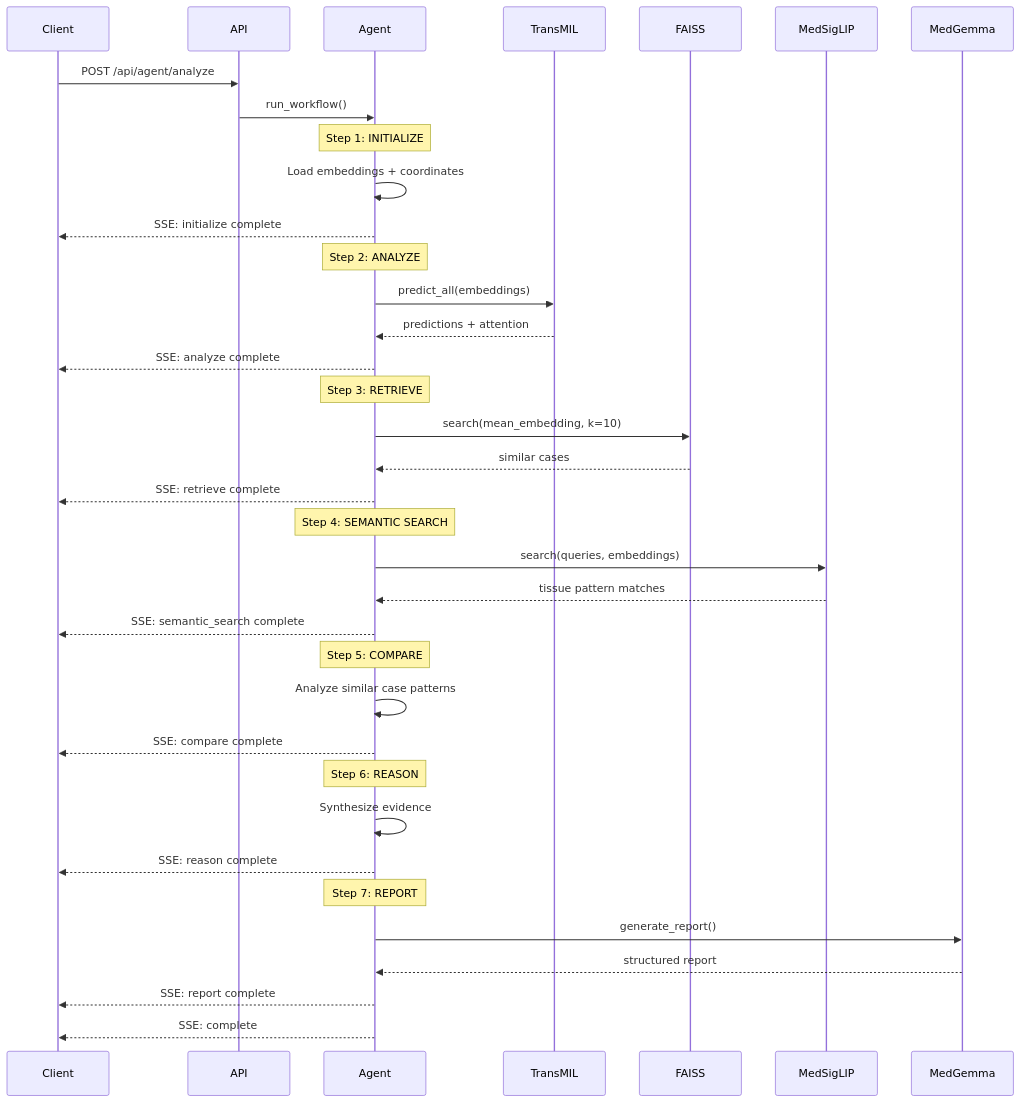
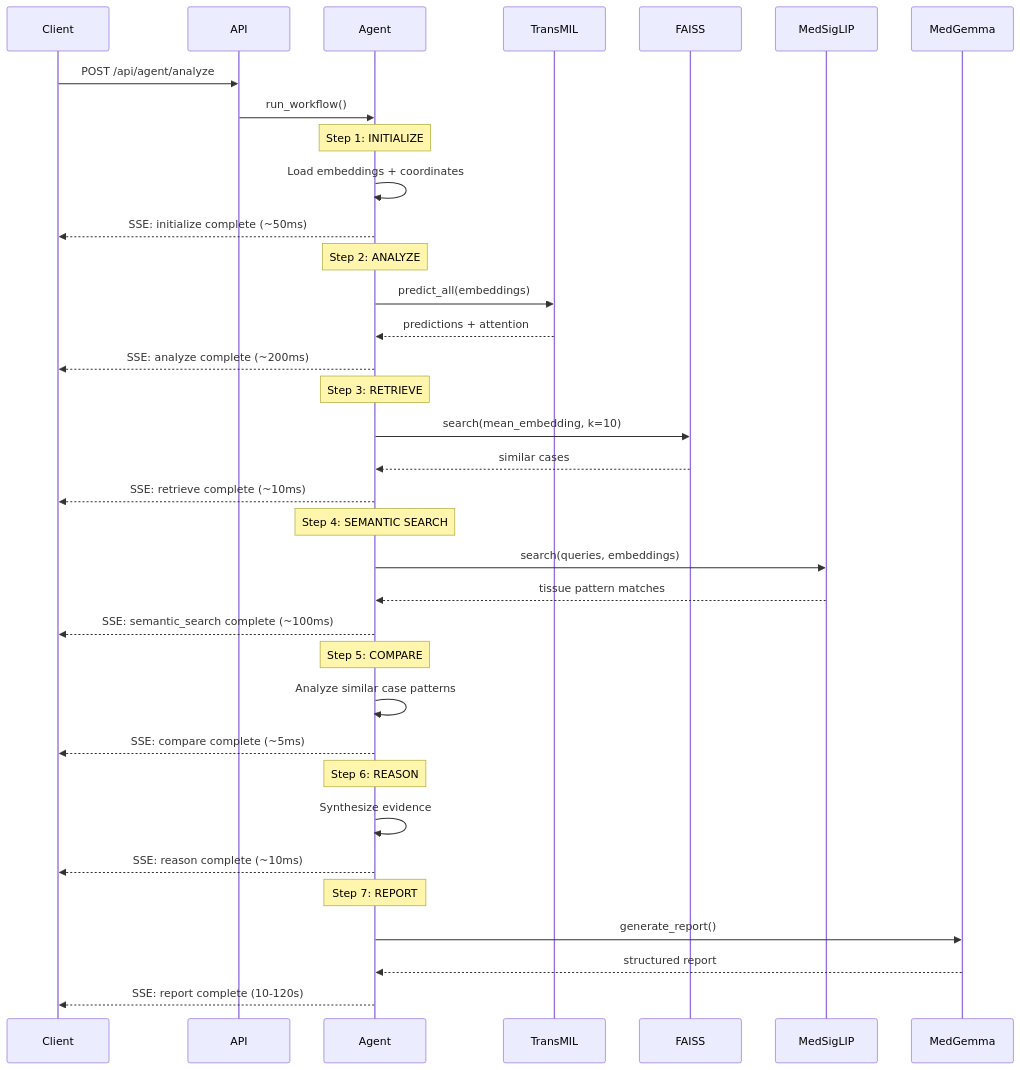
The fourth of 5 diagrams in TECHNICAL_SPECIFICATION.md (Hilo-Hilo/enso-atlas), drawn with Mermaid before and after one commit. The commit also changed other lines of this file, not shown here.

````diff
--- a/TECHNICAL_SPECIFICATION.md
+++ b/TECHNICAL_SPECIFICATION.md
@@ -1261,47 +741,45 @@
 ```mermaid
 sequenceDiagram
     participant Client
     participant API
     participant Agent
     participant TransMIL
     participant FAISS
     participant MedSigLIP
     participant MedGemma
 
     Client->>API: POST /api/agent/analyze
     API->>Agent: run_workflow()
 
     Note over Agent: Step 1: INITIALIZE
     Agent->>Agent: Load embeddings + coordinates
-    Agent-->>Client: SSE: initialize complete
+    Agent-->>Client: SSE: initialize complete (~50ms)
 
     Note over Agent: Step 2: ANALYZE
     Agent->>TransMIL: predict_all(embeddings)
     TransMIL-->>Agent: predictions + attention
-    Agent-->>Client: SSE: analyze complete
+    Agent-->>Client: SSE: analyze complete (~200ms)
 
     Note over Agent: Step 3: RETRIEVE
     Agent->>FAISS: search(mean_embedding, k=10)
     FAISS-->>Agent: similar cases
-    Agent-->>Client: SSE: retrieve complete
+    Agent-->>Client: SSE: retrieve complete (~10ms)
 
     Note over Agent: Step 4: SEMANTIC SEARCH
     Agent->>MedSigLIP: search(queries, embeddings)
     MedSigLIP-->>Agent: tissue pattern matches
-    Agent-->>Client: SSE: semantic_search complete
+    Agent-->>Client: SSE: semantic_search complete (~100ms)
 
     Note over Agent: Step 5: COMPARE
     Agent->>Agent: Analyze similar case patterns
-    Agent-->>Client: SSE: compare complete
+    Agent-->>Client: SSE: compare complete (~5ms)
 
     Note over Agent: Step 6: REASON
     Agent->>Agent: Synthesize evidence
-    Agent-->>Client: SSE: reason complete
+    Agent-->>Client: SSE: reason complete (~10ms)
 
     Note over Agent: Step 7: REPORT
     Agent->>MedGemma: generate_report()
     MedGemma-->>Agent: structured report
-    Agent-->>Client: SSE: report complete
-
-    Agent-->>Client: SSE: complete
+    Agent-->>Client: SSE: report complete (10-120s)
 ```
````
